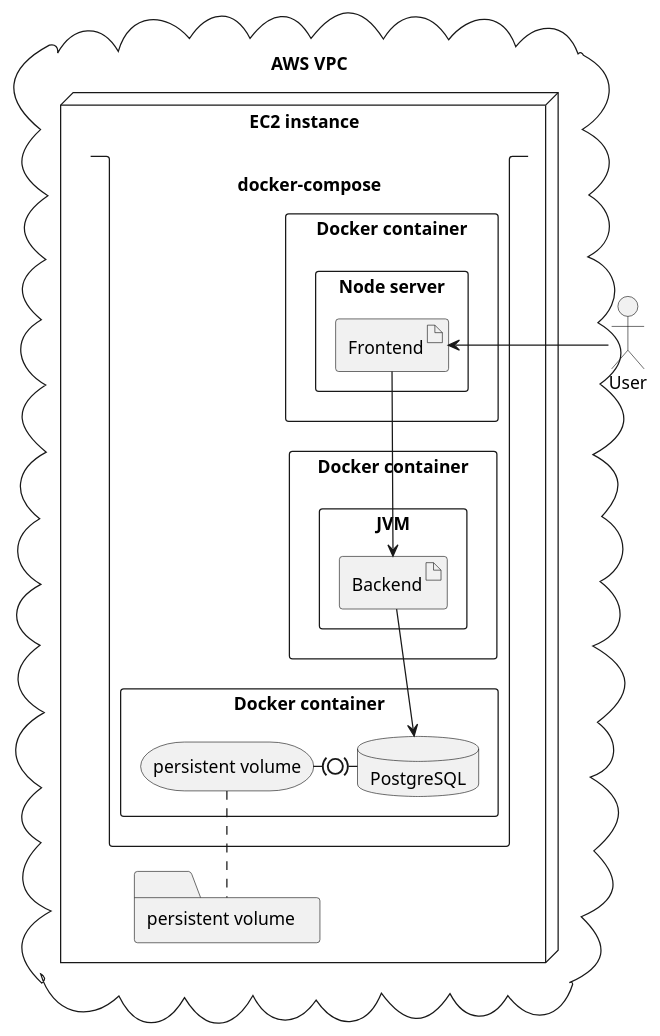
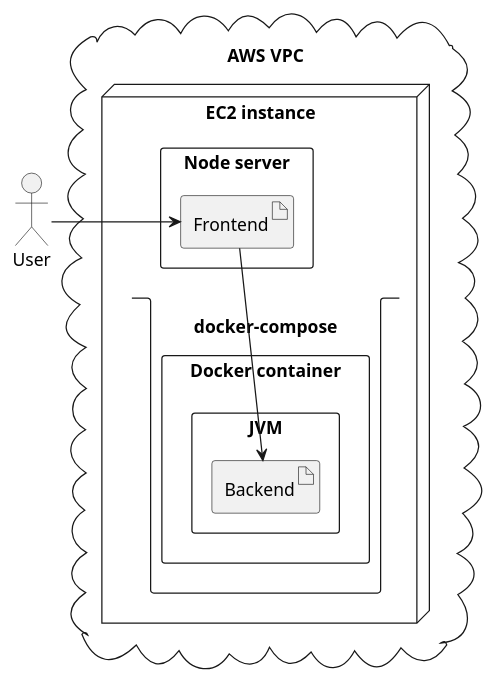
One commit to opendemobank/diagrams changed the diagram in deployment/deployment.iuml. Above: the diagram before and after it, drawn with PlantUML. The commit also changed 1 other file, not shown here.

Commit message:
Update deployment diagram

```diff
--- a/deployment/deployment.iuml
+++ b/deployment/deployment.iuml
@@ -1,33 +1,23 @@
 @startuml
 
 actor "User" as u
 
 cloud "AWS VPC" {
     node "EC2 instance" {
+      rectangle "Node server" {
+        artifact "Frontend" as f
+      }
         stack "docker-compose" {
-            rectangle "Docker container" as d1 {
-                rectangle "Node server" {
-                    artifact "Frontend" as f
-                }
-            }
             rectangle "Docker container" as d2 {
                 rectangle "JVM" {
                     artifact "Backend" as b
                 }
             }
-            rectangle "Docker container" as d3 {
-                database "PostgreSQL" as db
-                storage "persistent volume" as pv
-                db -left(0)- pv
-            }
-            f -down-> b
-            b -down-> db
         }
-        folder "persistent volume" as pvf
-        pv .down. pvf
+        f -down-> b
     }
 }
 
 u -right-> f
 
 @enduml
```
